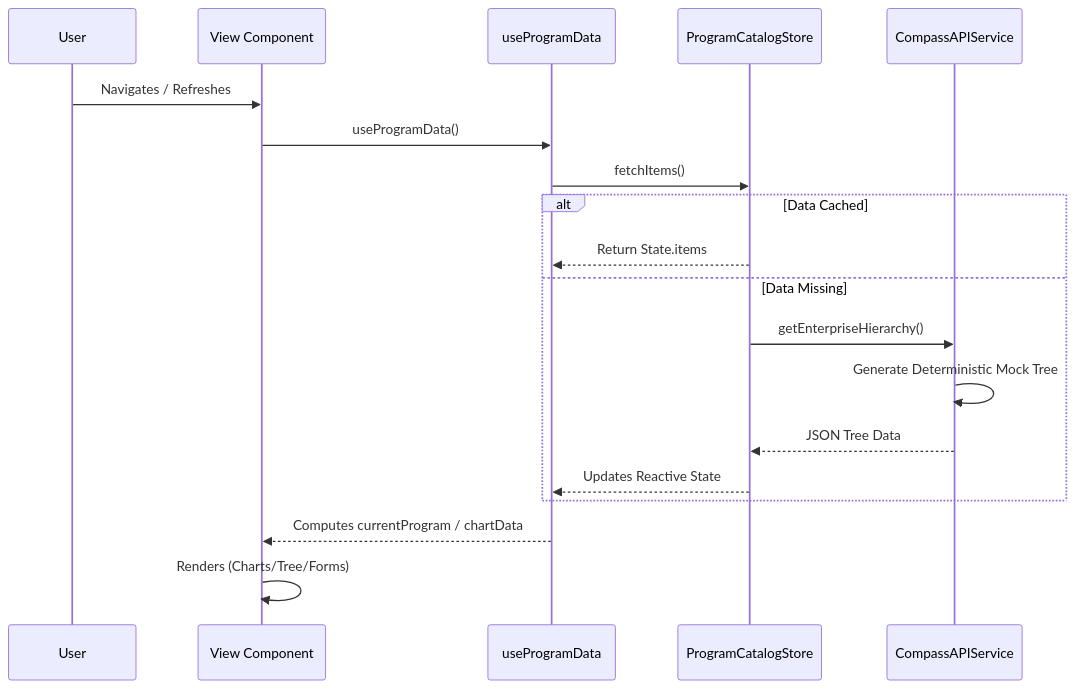
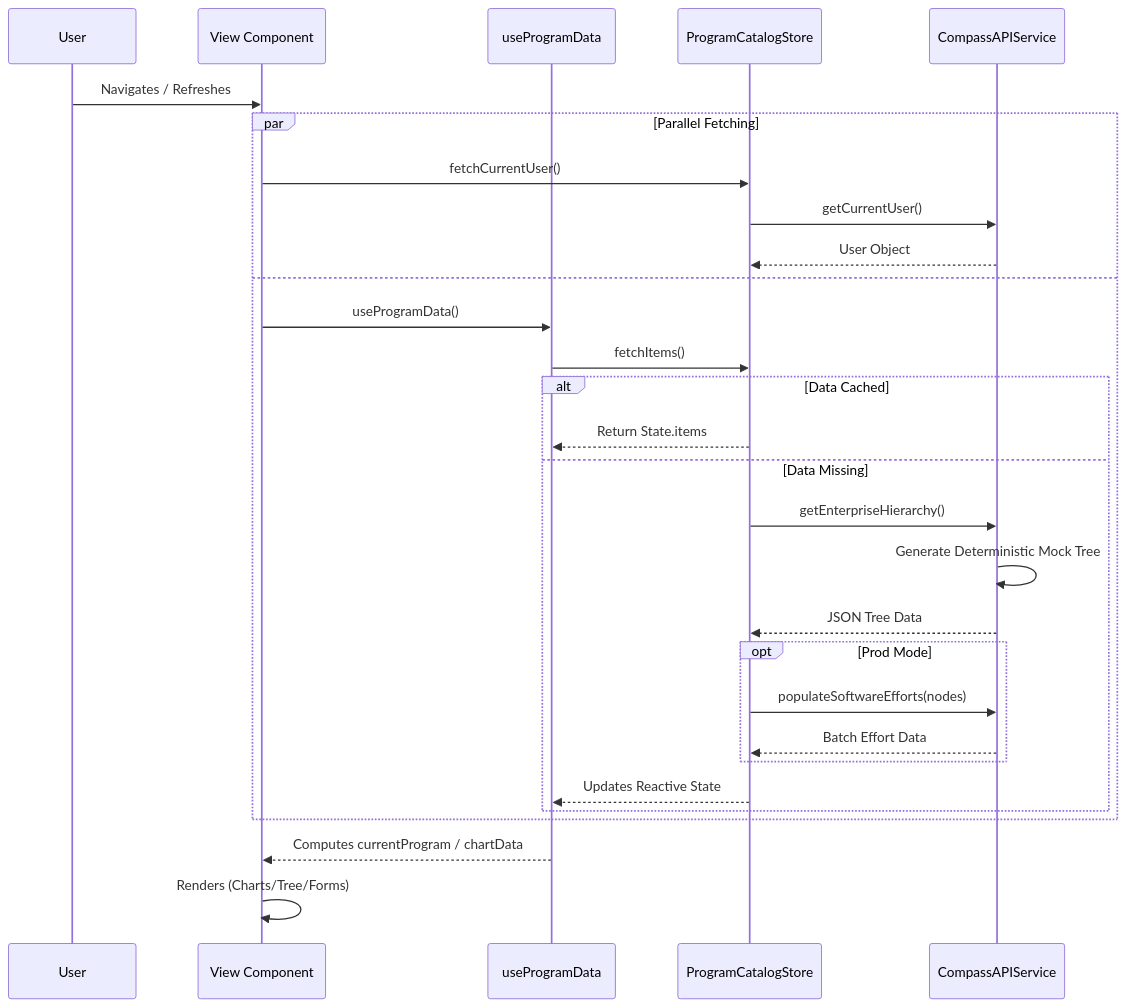
Before and after one commit to DeepBlue4/program-catalog: the second of 4 diagrams in README.md, drawn with Mermaid. The commit also changed other lines of this file and 7 other files, not shown here.

````diff
--- a/README.md
+++ b/README.md
@@ -102,22 +110,36 @@
 ```mermaid
 sequenceDiagram
     participant User
     participant View as View Component
     participant Hook as useProgramData
     participant Store as ProgramCatalogStore
     participant API as CompassAPIService
 
     User->>View: Navigates / Refreshes
-    View->>Hook: useProgramData()
-    Hook->>Store: fetchItems()
-    alt Data Cached
-        Store-->>Hook: Return State.items
-    else Data Missing
-        Store->>API: getEnterpriseHierarchy()
-        API->>API: Generate Deterministic Mock Tree
-        API-->>Store: JSON Tree Data
-        Store-->>Hook: Updates Reactive State
+    
+    par Parallel Fetching
+        View->>Store: fetchCurrentUser()
+        Store->>API: getCurrentUser()
+        API-->>Store: User Object
+    and
+        View->>Hook: useProgramData()
+        Hook->>Store: fetchItems()
+        alt Data Cached
+            Store-->>Hook: Return State.items
+        else Data Missing
+            Store->>API: getEnterpriseHierarchy()
+            API->>API: Generate Deterministic Mock Tree
+            API-->>Store: JSON Tree Data
+            
+            opt Prod Mode
+                Store->>API: populateSoftwareEfforts(nodes)
+                API-->>Store: Batch Effort Data
+            end
+            
+            Store-->>Hook: Updates Reactive State
+        end
     end
+
     Hook-->>View: Computes currentProgram / chartData
     View->>View: Renders (Charts/Tree/Forms)
 ```
````
